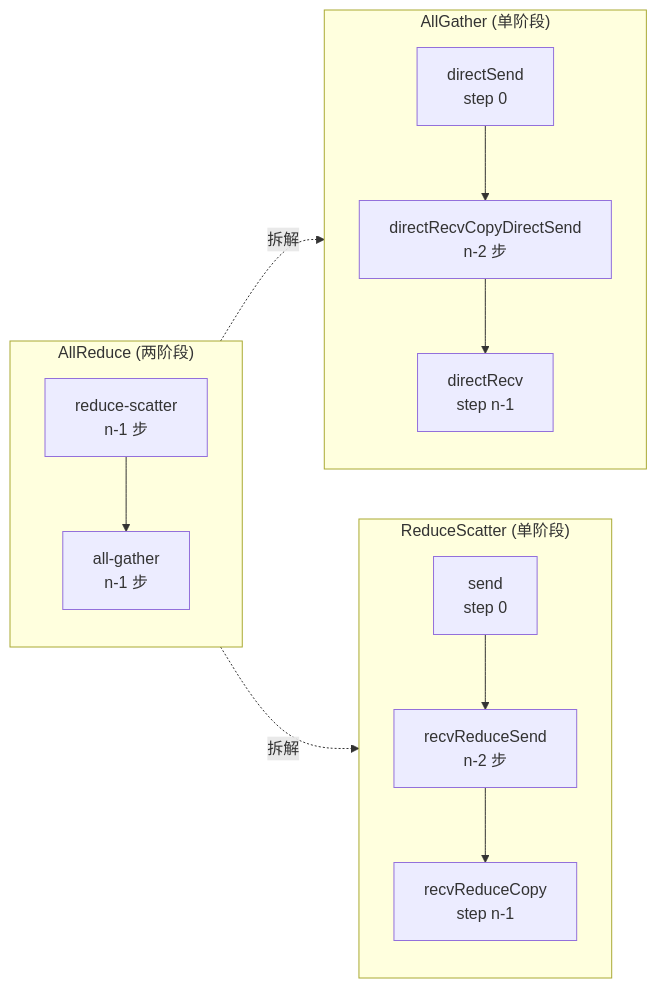
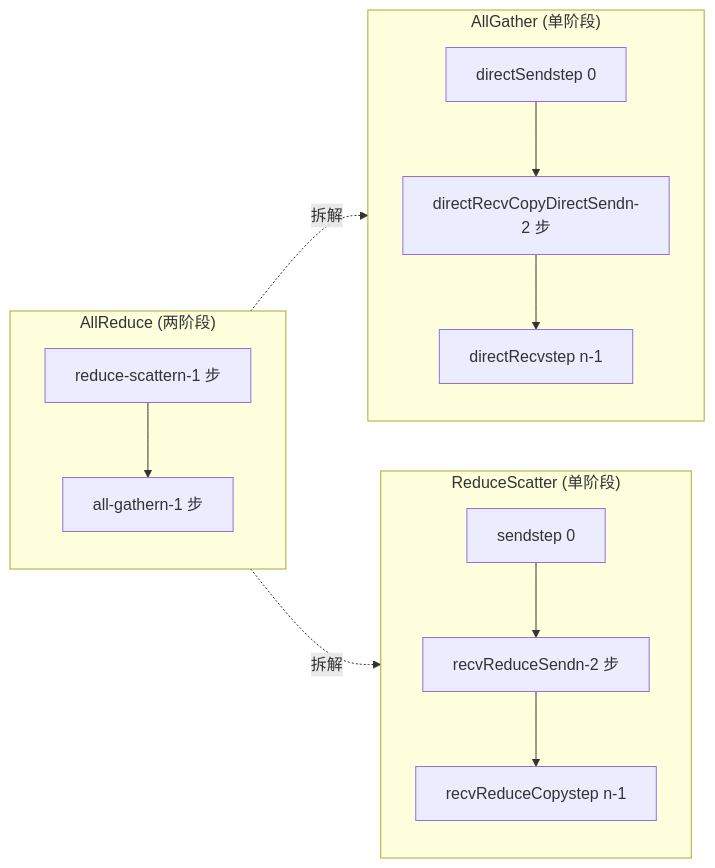
Before and after one commit to maleRjc/AiReadCodeBooks: the first of 2 diagrams in books/nccl/en/10-collective-kernels-allreduce-allgather.md, drawn with Mermaid. The commit also changed other lines of this file and 80 other files, not shown here.

````diff
--- a/books/nccl/en/10-collective-kernels-allreduce-allgather.md
+++ b/books/nccl/en/10-collective-kernels-allreduce-allgather.md
@@ -278,14 +172,14 @@
 ```mermaid
 flowchart LR
     subgraph AllReduce["AllReduce (两阶段)"]
-        A1["reduce-scatter<br/>n-1 步"] --> A2["all-gather<br/>n-1 步"]
+        A1["reduce-scattern-1 步"] --> A2["all-gathern-1 步"]
     end
     subgraph AG["AllGather (单阶段)"]
-        B1["directSend<br/>step 0"] --> B2["directRecvCopyDirectSend<br/>n-2 步"] --> B3["directRecv<br/>step n-1"]
+        B1["directSendstep 0"] --> B2["directRecvCopyDirectSendn-2 步"] --> B3["directRecvstep n-1"]
     end
     subgraph RS["ReduceScatter (单阶段)"]
-        C1["send<br/>step 0"] --> C2["recvReduceSend<br/>n-2 步"] --> C3["recvReduceCopy<br/>step n-1"]
+        C1["sendstep 0"] --> C2["recvReduceSendn-2 步"] --> C3["recvReduceCopystep n-1"]
     end
     AllReduce -.->|"拆解"| AG
     AllReduce -.->|"拆解"| RS
 ```
````
